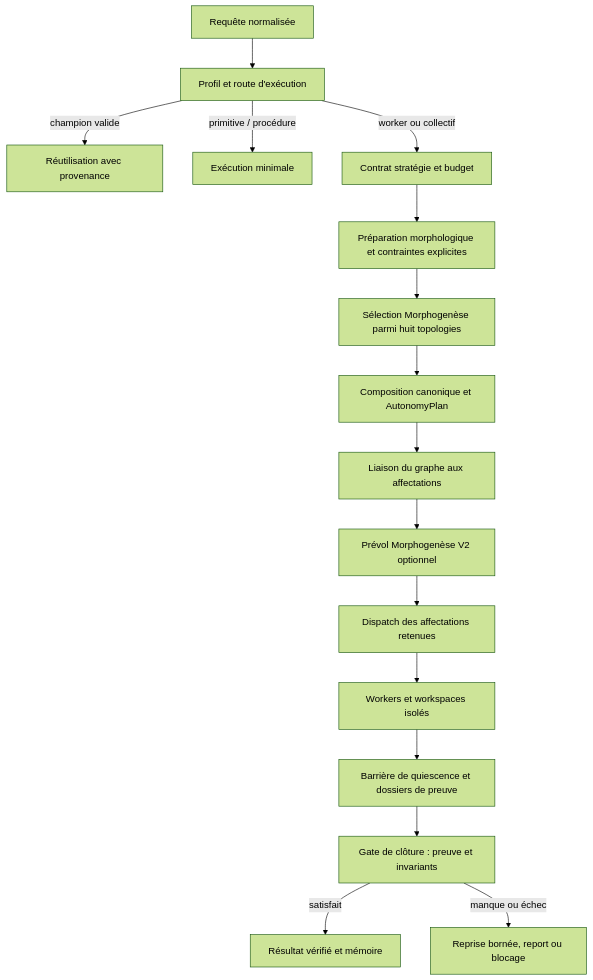
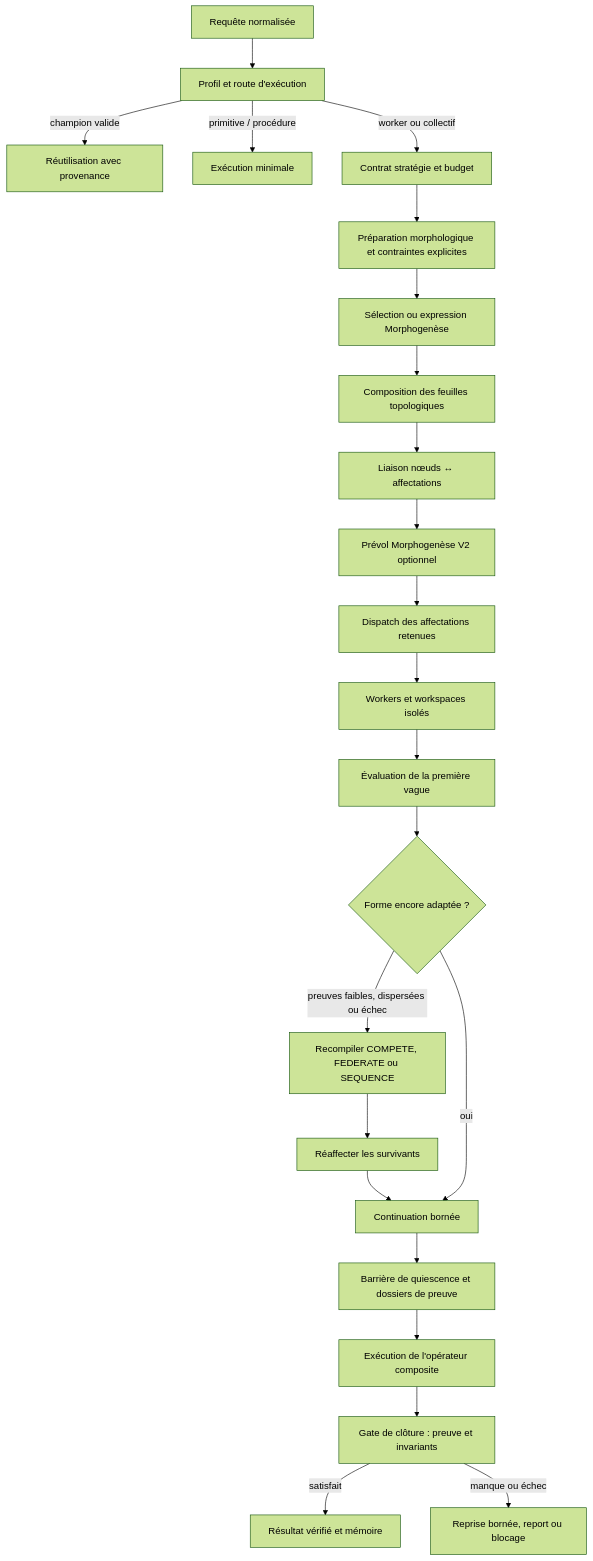
One commit to PISSARAW/GenOS changed the first of 6 diagrams in docs/02-orchestration/orchestration.md. Above: the diagram before and after it, drawn with Mermaid (forest theme). The commit also changed other lines of this file and 11 other files, not shown here.

````diff
--- a/docs/02-orchestration/orchestration.md
+++ b/docs/02-orchestration/orchestration.md
@@ -40,18 +47,25 @@
 ```mermaid
 flowchart TD
     REQ[Requête normalisée] --> ROUTE[Profil et route d'exécution]
     ROUTE -->|champion valide| REUSE[Réutilisation avec provenance]
     ROUTE -->|primitive / procédure| DIRECT[Exécution minimale]
     ROUTE -->|worker ou collectif| CONTRACT[Contrat stratégie et budget]
     CONTRACT --> PREP[Préparation morphologique et contraintes explicites]
-    PREP --> SELECT[Sélection Morphogenèse parmi huit topologies]
-    SELECT --> PLAN[Composition canonique et AutonomyPlan]
-    PLAN --> BIND[Liaison du graphe aux affectations]
+    PREP --> SELECT[Sélection ou expression Morphogenèse]
+    SELECT --> PLAN[Composition des feuilles topologiques]
+    PLAN --> BIND[Liaison nœuds ↔ affectations]
     BIND --> SHADOW[Prévol Morphogenèse V2 optionnel]
     SHADOW --> DISPATCH[Dispatch des affectations retenues]
     DISPATCH --> WORK[Workers et workspaces isolés]
-    WORK --> EVIDENCE[Barrière de quiescence et dossiers de preuve]
-    EVIDENCE --> GATE[Gate de clôture : preuve et invariants]
+    WORK --> EVIDENCE[Évaluation de la première vague]
+    EVIDENCE --> ADAPT{Forme encore adaptée ?}
+    ADAPT -->|preuves faibles, dispersées ou échec| REGRAPH[Recompiler COMPETE, FEDERATE ou SEQUENCE]
+    REGRAPH --> REBIND[Réaffecter les survivants]
+    REBIND --> CONT[Continuation bornée]
+    ADAPT -->|oui| CONT
+    CONT --> BARRIER[Barrière de quiescence et dossiers de preuve]
+    BARRIER --> SYNTH[Exécution de l'opérateur composite]
+    SYNTH --> GATE[Gate de clôture : preuve et invariants]
     GATE -->|satisfait| STORE[Résultat vérifié et mémoire]
     GATE -->|manque ou échec| RECOVER[Reprise bornée, report ou blocage]
 ```
````
